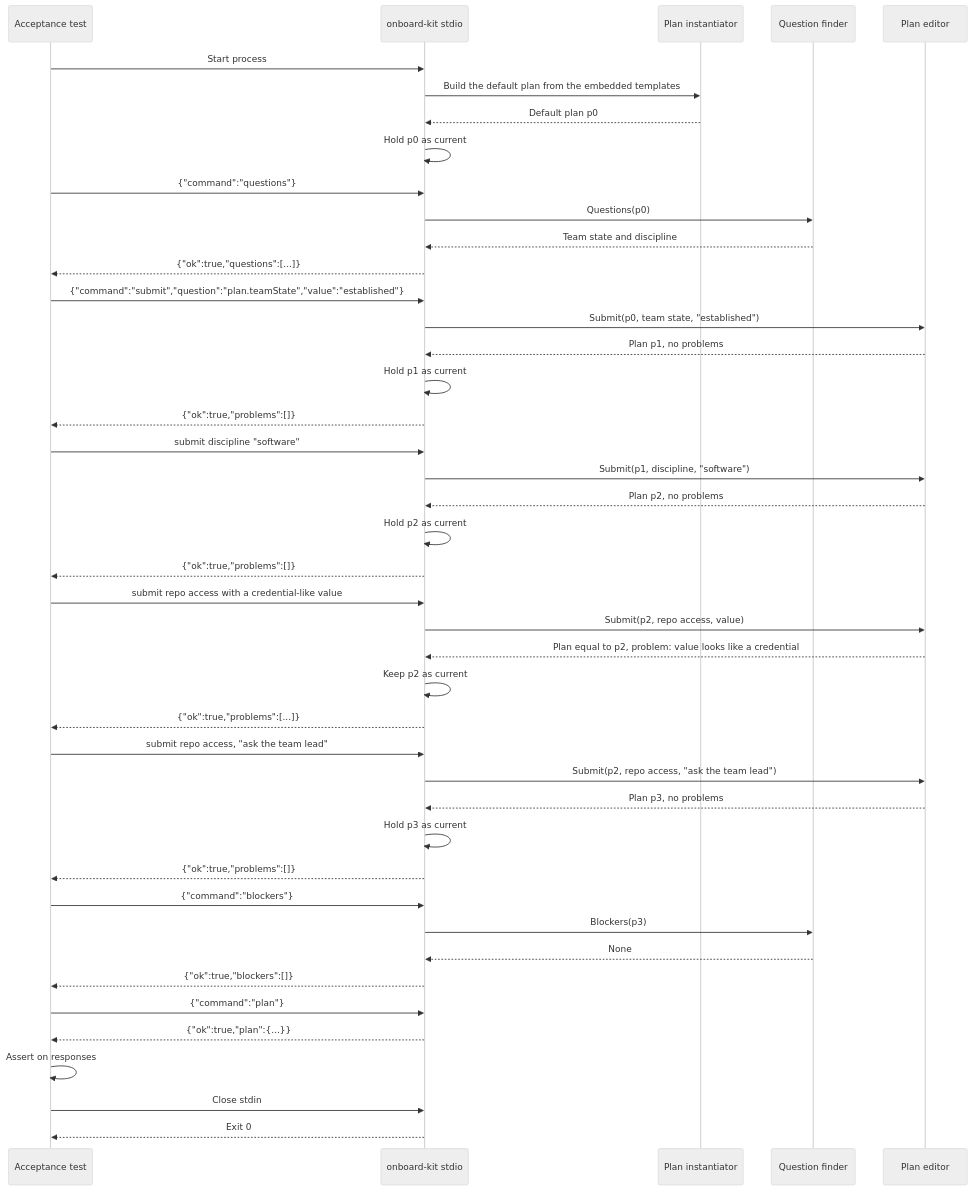
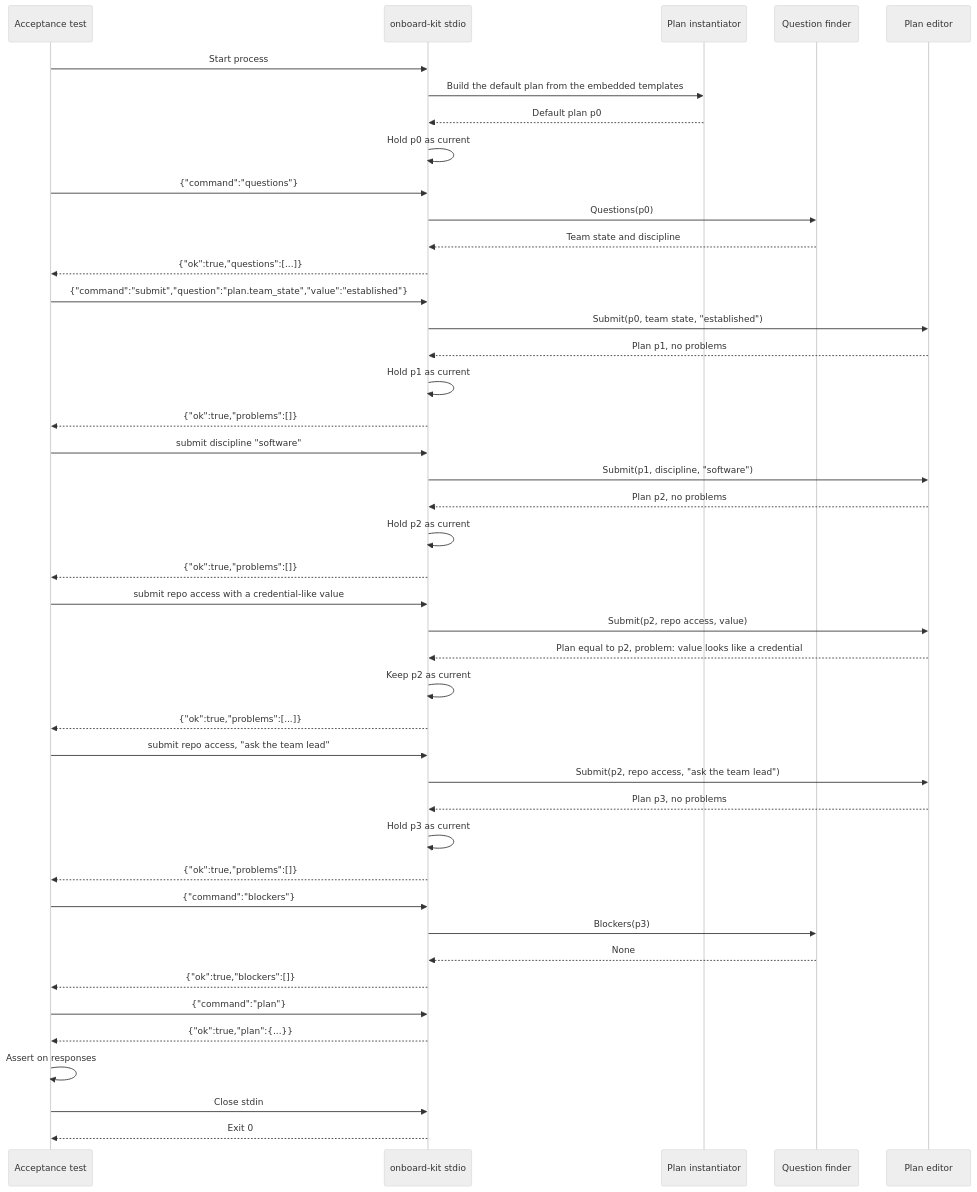
One commit to 8thlight-daveloper/onboard-kit changed the second of 4 diagrams in docs/decisions/0010-plan-editor.md. Above: the diagram before and after it, drawn with Mermaid (neutral theme). The commit also changed other lines of this file and 27 other files, not shown here.

````diff
--- a/docs/decisions/0010-plan-editor.md
+++ b/docs/decisions/0010-plan-editor.md
@@ -220,51 +220,51 @@
 ```mermaid
 sequenceDiagram
     participant A as Acceptance test
     participant P as onboard-kit stdio
     participant I as Plan instantiator
     participant F as Question finder
     participant E as Plan editor
 
     A->>P: Start process
     P->>I: Build the default plan from the embedded templates
     I-->>P: Default plan p0
     P->>P: Hold p0 as current
 
     A->>P: {"command":"questions"}
     P->>F: Questions(p0)
     F-->>P: Team state and discipline
     P-->>A: {"ok":true,"questions":[...]}
-    A->>P: {"command":"submit","question":"plan.teamState","value":"established"}
+    A->>P: {"command":"submit","question":"plan.team_state","value":"established"}
     P->>E: Submit(p0, team state, "established")
     E-->>P: Plan p1, no problems
     P->>P: Hold p1 as current
     P-->>A: {"ok":true,"problems":[]}
 
     A->>P: submit discipline "software"
     P->>E: Submit(p1, discipline, "software")
     E-->>P: Plan p2, no problems
     P->>P: Hold p2 as current
     P-->>A: {"ok":true,"problems":[]}
 
     A->>P: submit repo access with a credential-like value
     P->>E: Submit(p2, repo access, value)
     E-->>P: Plan equal to p2, problem: value looks like a credential
     P->>P: Keep p2 as current
     P-->>A: {"ok":true,"problems":[...]}
 
     A->>P: submit repo access, "ask the team lead"
     P->>E: Submit(p2, repo access, "ask the team lead")
     E-->>P: Plan p3, no problems
     P->>P: Hold p3 as current
     P-->>A: {"ok":true,"problems":[]}
 
     A->>P: {"command":"blockers"}
     P->>F: Blockers(p3)
     F-->>P: None
     P-->>A: {"ok":true,"blockers":[]}
     A->>P: {"command":"plan"}
     P-->>A: {"ok":true,"plan":{...}}
     A->>A: Assert on responses
     A->>P: Close stdin
     P-->>A: Exit 0
 ```
````
